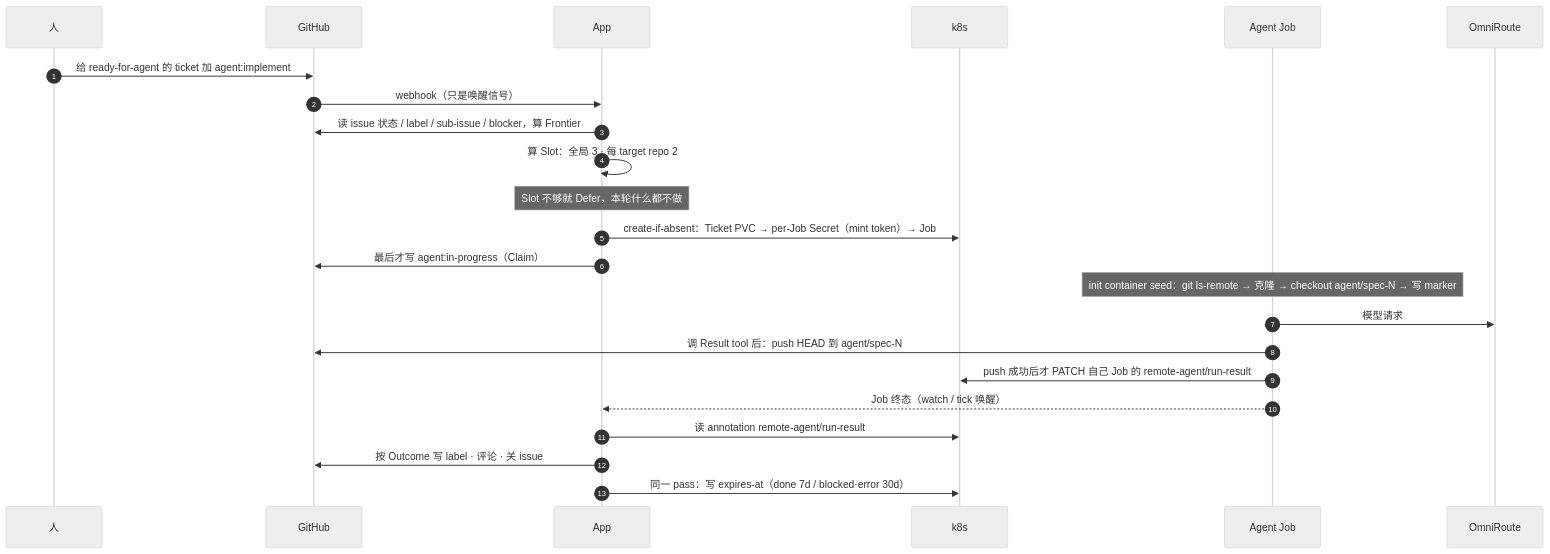
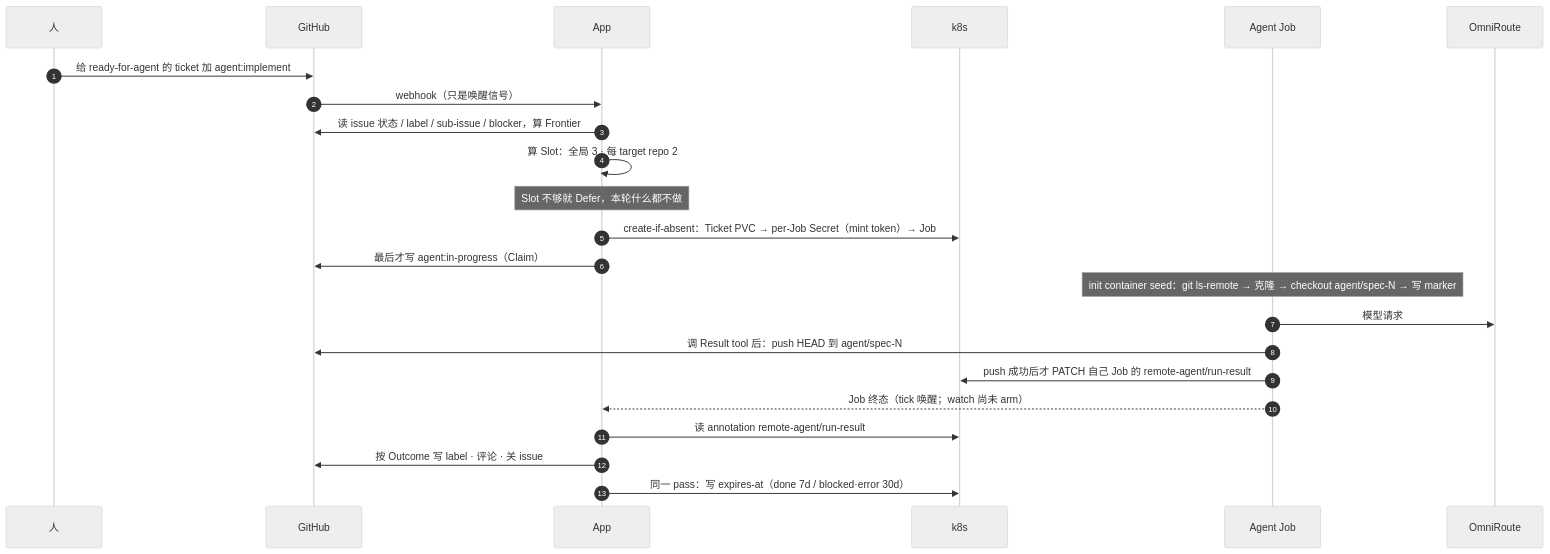
One commit to 2017fighting/remote-agent changed the second of 9 diagrams in docs/architecture.md. Above: the diagram before and after it, drawn with Mermaid (neutral theme). The commit also changed other lines of this file and 2 other files, not shown here.

First line of the commit message:
docs: seed detail, provenance labels, and the Job watch that is not armed yet

````diff
--- a/docs/architecture.md
+++ b/docs/architecture.md
@@ -58,26 +62,26 @@
 ```mermaid
 sequenceDiagram
     autonumber
     participant H as 人
     participant GH as GitHub
     participant App as App
     participant K as k8s
     participant J as Agent Job
     participant R as OmniRoute
 
     H->>GH: 给 ready-for-agent 的 ticket 加 agent:implement
     GH->>App: webhook（只是唤醒信号）
     App->>GH: 读 issue 状态 / label / sub-issue / blocker，算 Frontier
     App->>App: 算 Slot：全局 3 · 每 target repo 2
     Note over App: Slot 不够就 Defer，本轮什么都不做
     App->>K: create-if-absent：Ticket PVC → per-Job Secret（mint token）→ Job
     App->>GH: 最后才写 agent:in-progress（Claim）
     Note over J: init container seed：git ls-remote → 克隆 → checkout agent/spec-N → 写 marker
     J->>R: 模型请求
     J->>GH: 调 Result tool 后：push HEAD 到 agent/spec-N
     J->>K: push 成功后才 PATCH 自己 Job 的 remote-agent/run-result
-    J-->>App: Job 终态（watch / tick 唤醒）
+    J-->>App: Job 终态（tick 唤醒；watch 尚未 arm）
     App->>K: 读 annotation remote-agent/run-result
     App->>GH: 按 Outcome 写 label · 评论 · 关 issue
     App->>K: 同一 pass：写 expires-at（done 7d / blocked·error 30d）
 ```
````
